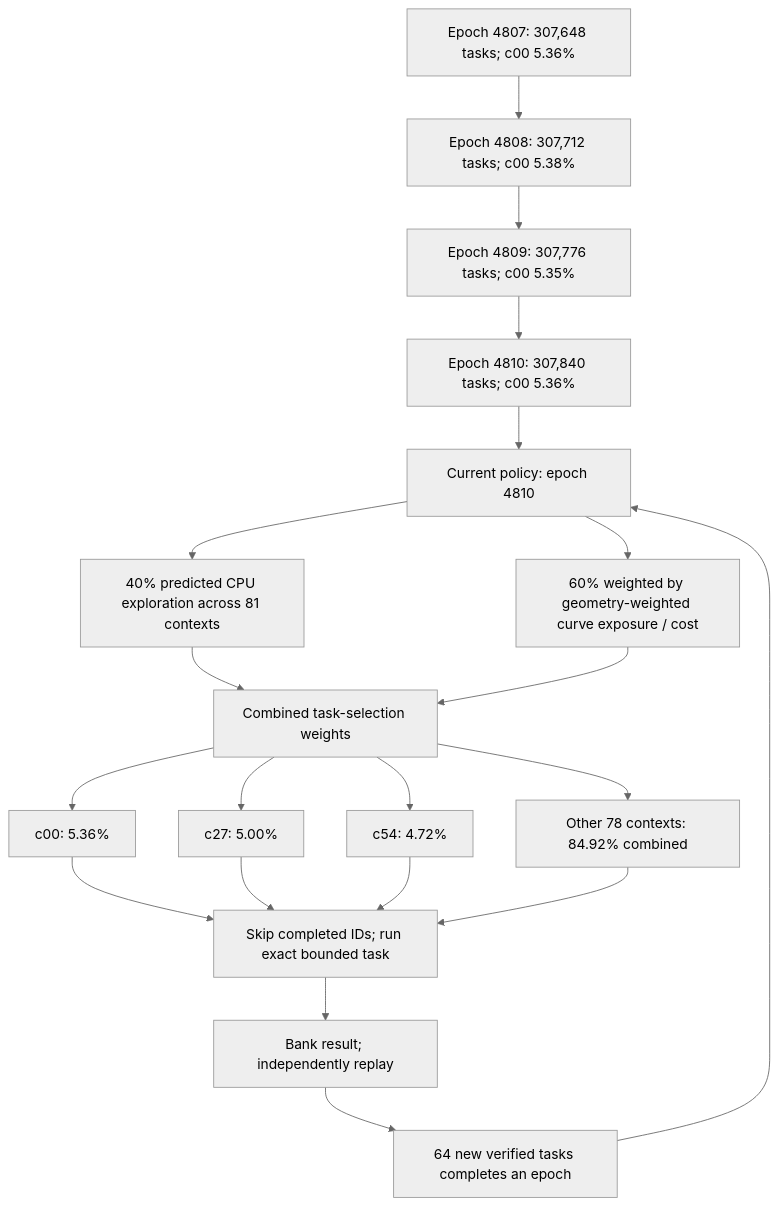
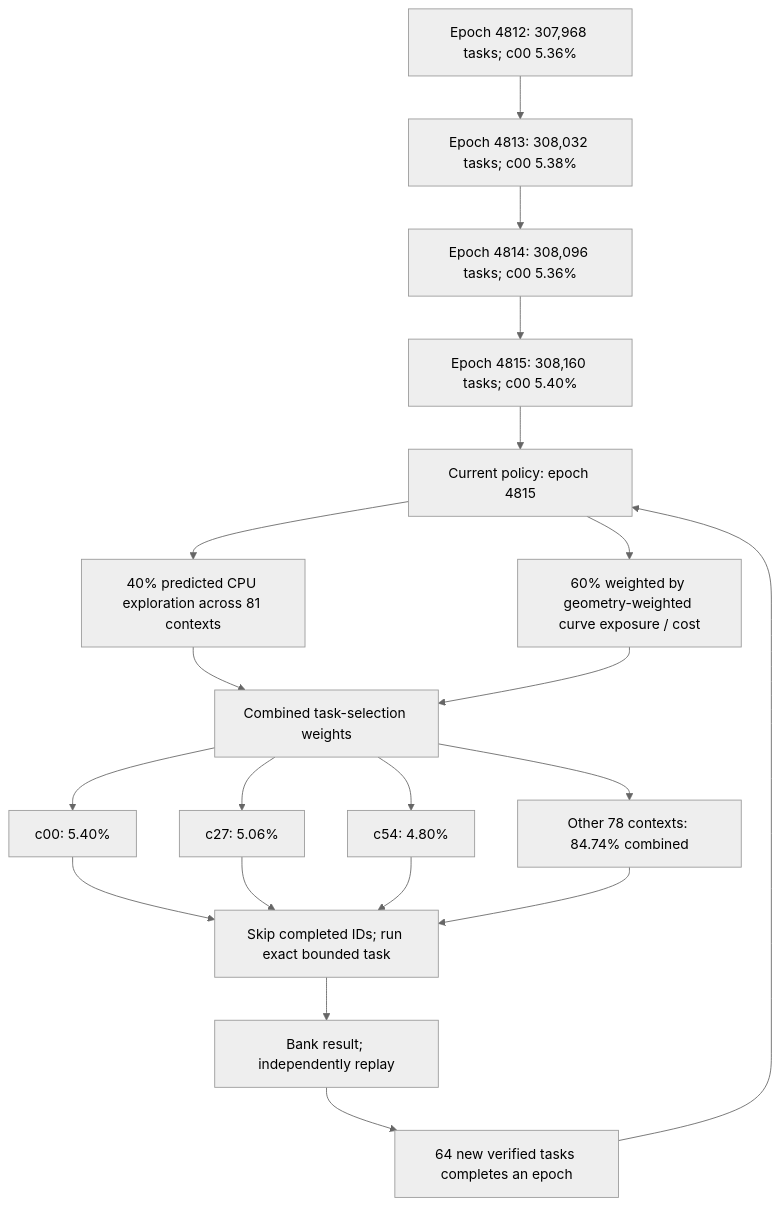
One commit to Kuberwastaken/math-gambling changed the first of 3 diagrams in README.md. Above: the diagram before and after it, drawn with Mermaid (neutral theme). The commit also changed other lines of this file and 839 other files, not shown here.

````diff
--- a/README.md
+++ b/README.md
@@ -60,27 +60,27 @@
 ```mermaid
 flowchart TD
-    H0["Epoch 4807: 307,648 tasks; c00 5.36%"]
-    H1["Epoch 4808: 307,712 tasks; c00 5.38%"]
+    H0["Epoch 4812: 307,968 tasks; c00 5.36%"]
+    H1["Epoch 4813: 308,032 tasks; c00 5.38%"]
     H0 --> H1
-    H2["Epoch 4809: 307,776 tasks; c00 5.35%"]
+    H2["Epoch 4814: 308,096 tasks; c00 5.36%"]
     H1 --> H2
-    H3["Epoch 4810: 307,840 tasks; c00 5.36%"]
+    H3["Epoch 4815: 308,160 tasks; c00 5.40%"]
     H2 --> H3
-    Policy["Current policy: epoch 4810"]
+    Policy["Current policy: epoch 4815"]
     H3 --> Policy
     Policy --> Explore["40% predicted CPU exploration across 81 contexts"]
     Policy --> Cost["60% weighted by geometry-weighted curve exposure / cost"]
     Explore --> Mix["Combined task-selection weights"]
     Cost --> Mix
-    Mix --> C0["c00: 5.36%"]
-    Mix --> C1["c27: 5.00%"]
-    Mix --> C2["c54: 4.72%"]
-    Mix --> Rest["Other 78 contexts: 84.92% combined"]
+    Mix --> C0["c00: 5.40%"]
+    Mix --> C1["c27: 5.06%"]
+    Mix --> C2["c54: 4.80%"]
+    Mix --> Rest["Other 78 contexts: 84.74% combined"]
     C0 --> Check["Skip completed IDs; run exact bounded task"]
     C1 --> Check
     C2 --> Check
     Rest --> Check
     Check --> Replay["Bank result; independently replay"]
     Replay --> Gate["64 new verified tasks completes an epoch"]
     Gate --> Policy
 ```
````
